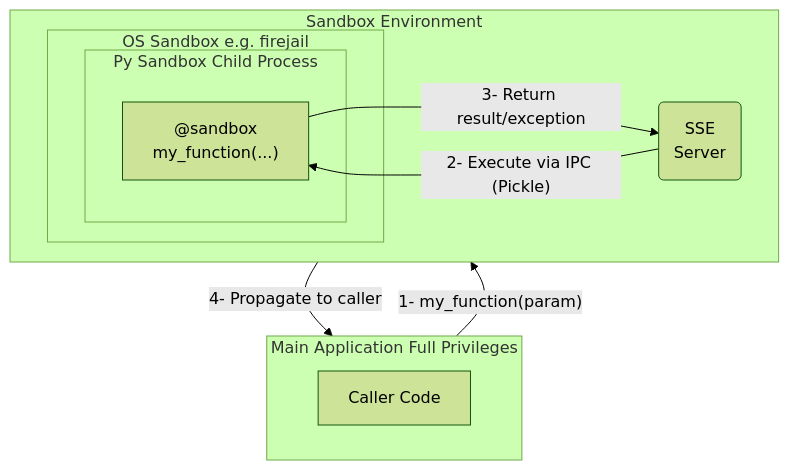
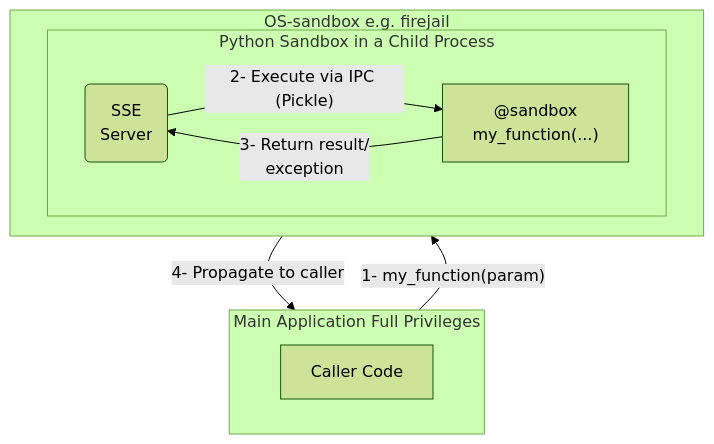
Before and after one commit to pprados/pysandboxes: the second of 2 diagrams in README.md, drawn with Mermaid (forest theme). The commit also changed other lines of this file and 1 other file, not shown here.

````diff
--- a/README.md
+++ b/README.md
@@ -149,23 +165,22 @@
 ```mermaid
 flowchart TD
     subgraph MainApplicationFullPrivileges [Main Application Full Privileges]
         direction LR
         A[Caller Code]
     end
 
-    subgraph SandboxEnvironment [Sandbox Environment]
+    subgraph SandboxEnvironment [OS-sandbox e.g. firejail]
         direction LR
-        B(SSE<br/>Server)
-        subgraph OSSandbox [OS Sandbox e.g. firejail]
-            subgraph PySandbox [Py Sandbox Child Process]
+        subgraph OSSandbox [Python Sandbox in a Child Process]
+            B(SSE<br/>Server)
+
                 C["@sandbox<br/>my_function(...)"]
-            end
         end
     end
 
     A -- "1- my_function(param)" --> B
     B -- "2- Execute via IPC (Pickle)" --> C
-    C -- "3- Return result/exception" --> B
+    C -- "3- Return result/<br/>exception" --> B
     B -- "4- Propagate to caller" --> A
 
 ```
````
